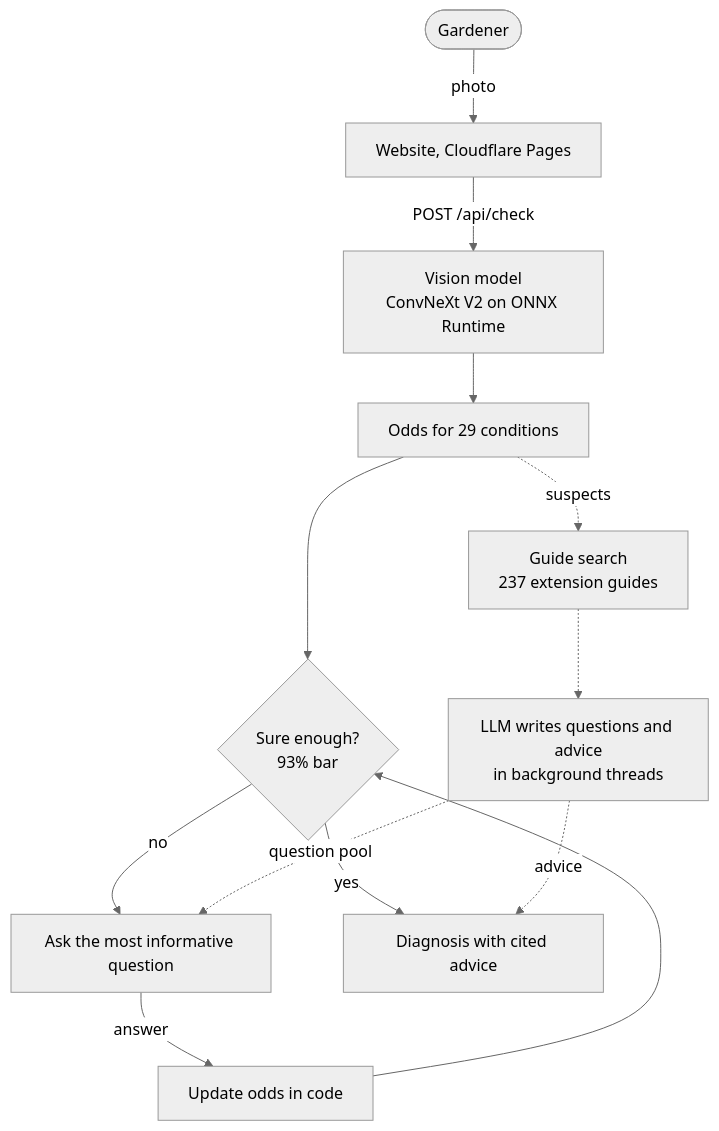
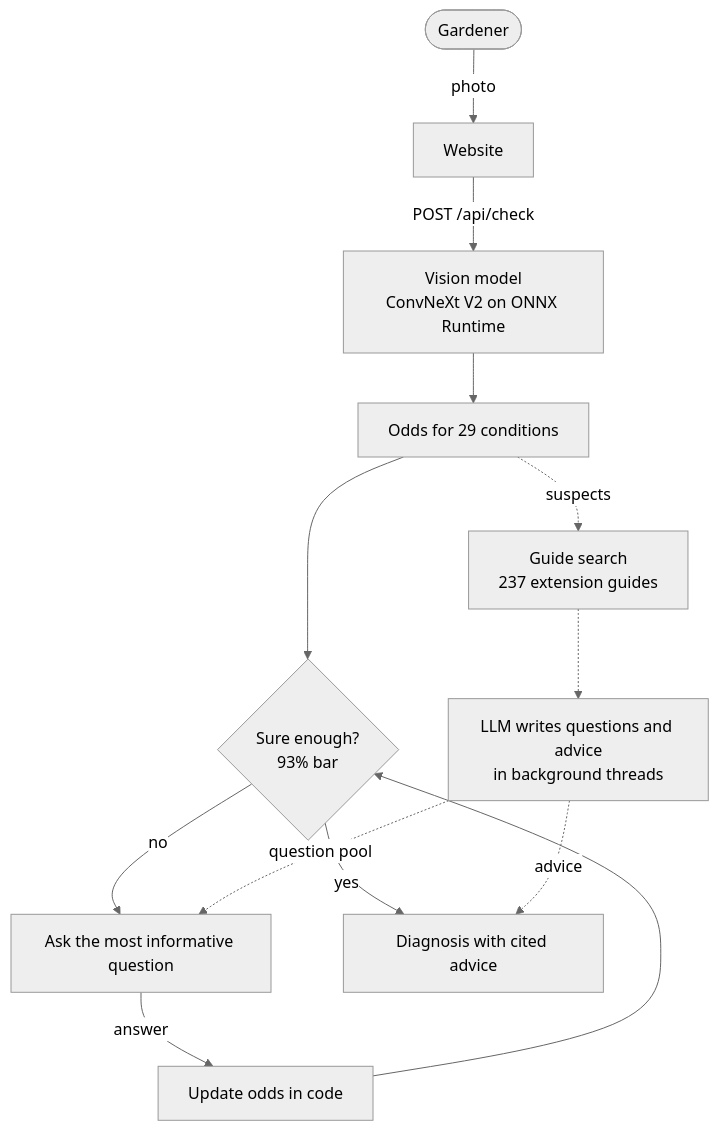
Before and after one commit to aakashksen/sprout: the diagram in README.md, drawn with Mermaid (neutral theme). The commit also changed other lines of this file, not shown here.

Commit message:
README: a proper front page with the demo, the story, screenshots and the architecture

````diff
--- a/README.md
+++ b/README.md
@@ -19,15 +65,15 @@
 ```mermaid
 flowchart TD
-    U(["Gardener"]) -->|photo| W["Website, Cloudflare Pages"]
+    U(["Gardener"]) -->|photo| W["Website"]
     W -->|"POST /api/check"| M["Vision model<br/>ConvNeXt V2 on ONNX Runtime"]
     M --> O["Odds for 29 conditions"]
     O --> Q{"Sure enough?<br/>93% bar"}
     Q -->|no| A["Ask the most informative question"]
     A -->|answer| E["Update odds in code"]
     E --> Q
     Q -->|yes| D["Diagnosis with cited advice"]
     O -. suspects .-> G["Guide search<br/>237 extension guides"]
     G -.-> L["LLM writes questions and advice<br/>in background threads"]
     L -. question pool .-> A
     L -. advice .-> D
 ```
````
